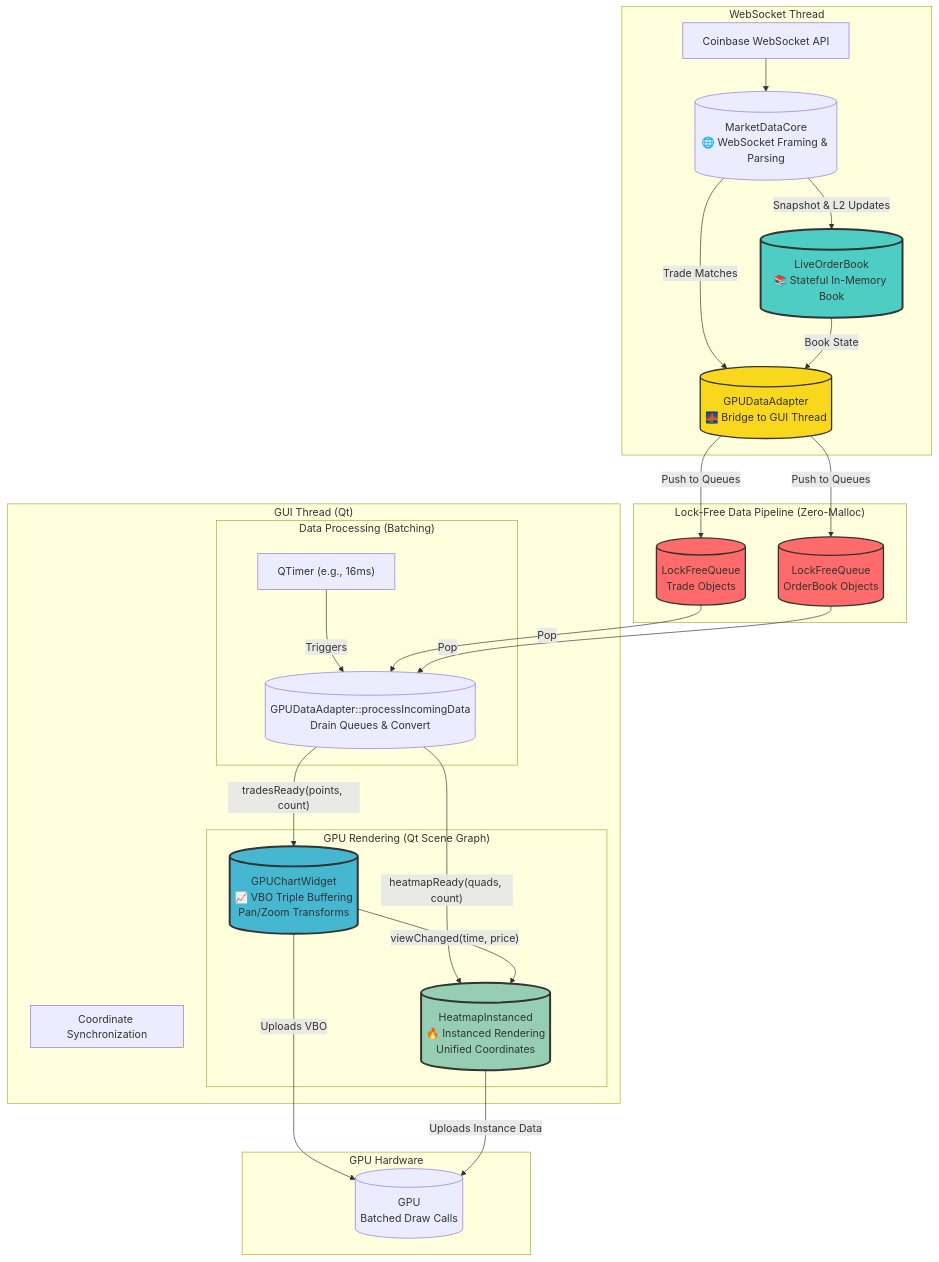
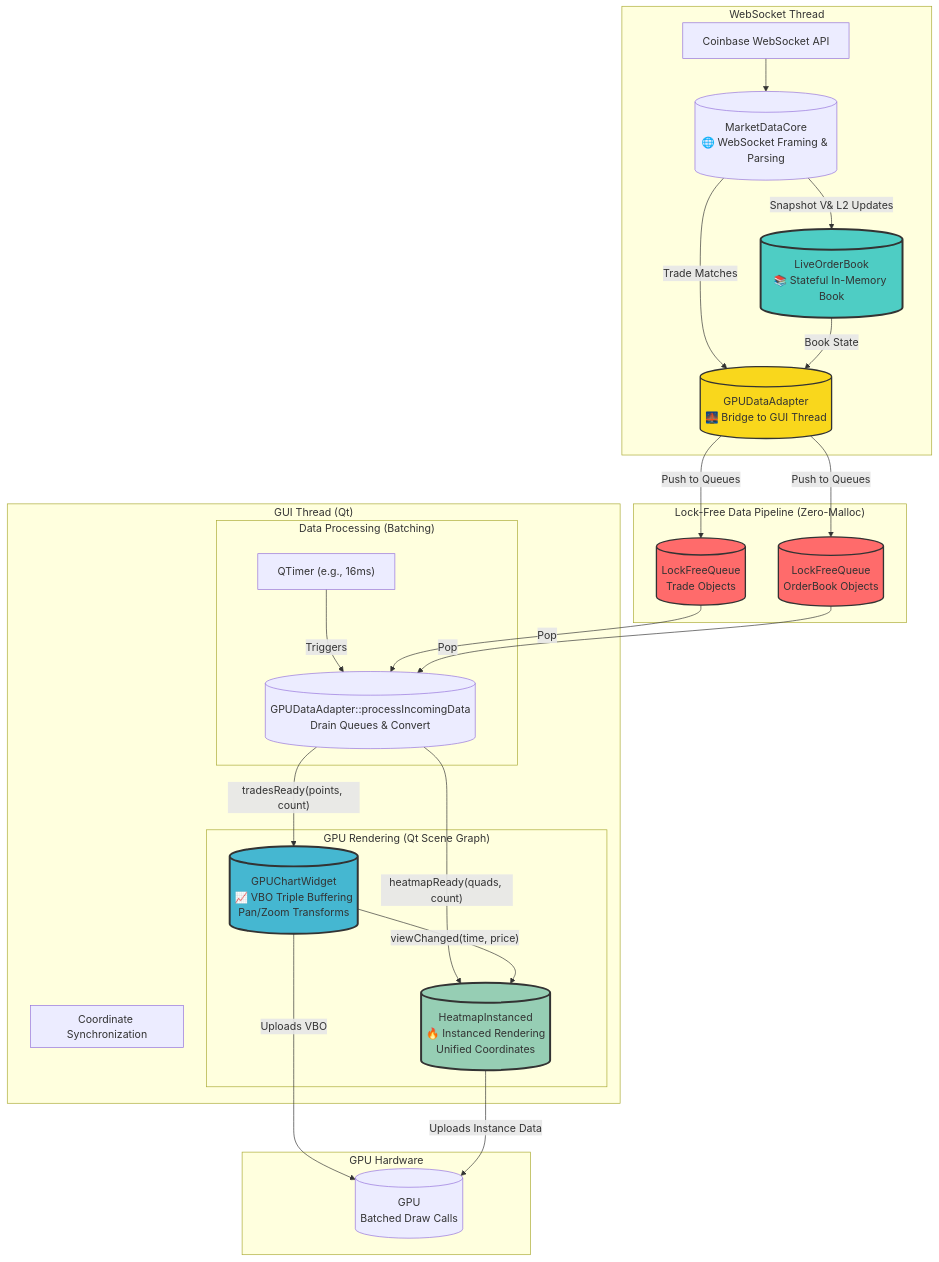
One commit to pattty847/Sentinel changed the diagram in docs/02_ARCHITECTURE.md. Above: the diagram before and after it, drawn with Mermaid. The commit also changed 20 other files, not shown here.

````diff
--- a/docs/02_ARCHITECTURE.md
+++ b/docs/02_ARCHITECTURE.md
@@ -3,46 +3,46 @@
 ```mermaid
 graph TD
     subgraph "WebSocket Thread"
         WS["Coinbase WebSocket API"] --> CORE[("MarketDataCore<br>🌐 WebSocket Framing & Parsing")];
-        CORE -- "Snapshot & L2 Updates" --> LOB[("LiveOrderBook<br>📚 Stateful In-Memory Book")];
+        CORE -- "Snapshot  V& L2 Updates" --> LOB[("LiveOrderBook<br>📚 Stateful In-Memory Book")];
         CORE -- "Trade Matches" --> ADAPTER[("GPUDataAdapter<br>🌉 Bridge to GUI Thread")];
         LOB -- "Book State" --> ADAPTER;
     end
 
     subgraph "Lock-Free Data Pipeline (Zero-Malloc)"
         ADAPTER -- "Push to Queues" --> TRADES_Q[("LockFreeQueue<br>Trade Objects")];
         ADAPTER -- "Push to Queues" --> BOOK_Q[("LockFreeQueue<br>OrderBook Objects")];
     end
 
     subgraph "GUI Thread (Qt)"
         subgraph "Data Processing (Batching)"
             PROC_TIMER["QTimer (e.g., 16ms)"] --> |"Triggers"| BATCH_PROC[("GPUDataAdapter::processIncomingData<br>Drain Queues & Convert")];
             TRADES_Q --> |"Pop"| BATCH_PROC;
             BOOK_Q --> |"Pop"| BATCH_PROC;
         end
 
         subgraph "GPU Rendering (Qt Scene Graph)"
             GPU_CHART[("GPUChartWidget<br>📈 VBO Triple Buffering<br>Pan/Zoom Transforms")];
             HEATMAP[("HeatmapInstanced<br>🔥 Instanced Rendering<br>Unified Coordinates")];
         end
 
         BATCH_PROC -- "tradesReady(points, count)" --> GPU_CHART;
         BATCH_PROC -- "heatmapReady(quads, count)" --> HEATMAP;
 
         subgraph "Coordinate Synchronization"
             GPU_CHART -- "viewChanged(time, price)" --> HEATMAP;
         end
     end
 
     subgraph "GPU Hardware"
         GPU_CHART -- "Uploads VBO" --> GPU[("GPU<br>Batched Draw Calls")];
         HEATMAP -- "Uploads Instance Data" --> GPU;
     end
 
     style LOB fill:#4ECDC4,stroke:#333,stroke-width:3px
     style ADAPTER fill:#f9d71c,stroke:#333,stroke-width:2px
     style TRADES_Q fill:#FF6B6B,stroke:#333,stroke-width:2px
     style BOOK_Q fill:#FF6B6B,stroke:#333,stroke-width:2px
     style GPU_CHART fill:#45B7D1,stroke:#333,stroke-width:3px
     style HEATMAP fill:#96CEB4,stroke:#333,stroke-width:3px
 ```
````
